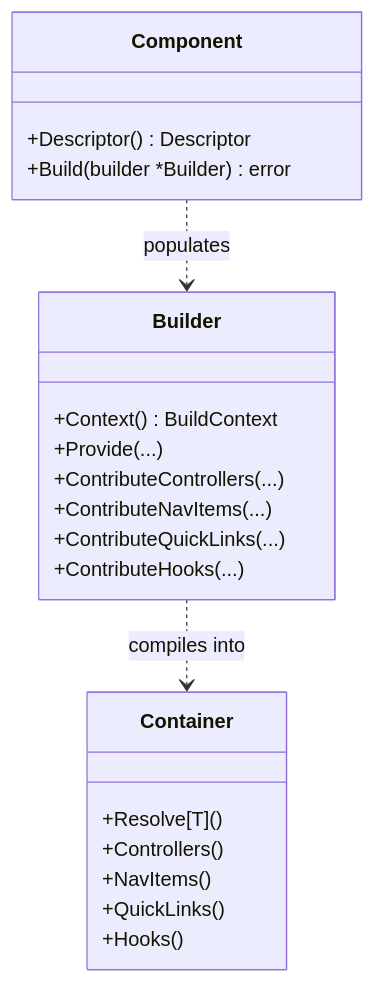
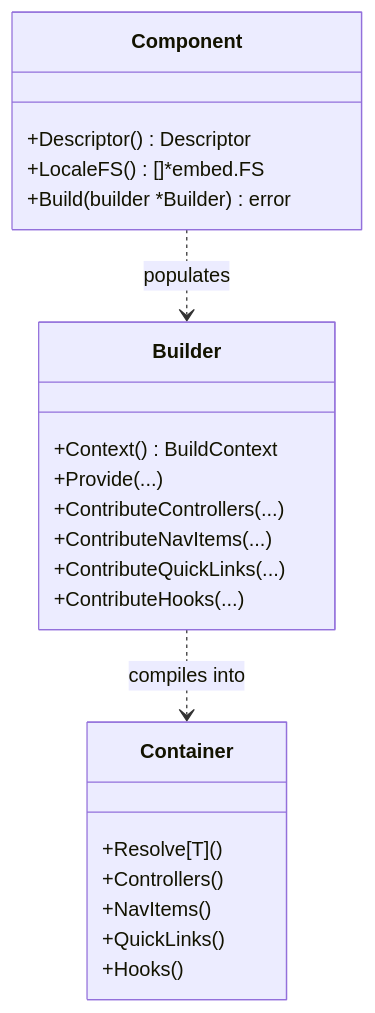
One commit to iota-uz/iota-sdk changed the fifth of 13 diagrams in docs/content/architecture/module-system.mdx. Above: the diagram before and after it, drawn with Mermaid. The commit also changed other lines of this file and 24 other files, not shown here.

````diff
--- a/docs/content/architecture/module-system.mdx
+++ b/docs/content/architecture/module-system.mdx
@@ -108,27 +108,28 @@
 ```mermaid
 classDiagram
     class Component {
         +Descriptor() Descriptor
+        +LocaleFS() []*embed.FS
         +Build(builder *Builder) error
     }
 
     class Builder {
         +Context() BuildContext
         +Provide(...)
         +ContributeControllers(...)
         +ContributeNavItems(...)
         +ContributeQuickLinks(...)
         +ContributeHooks(...)
     }
 
     class Container {
         +Resolve[T]()
         +Controllers()
         +NavItems()
         +QuickLinks()
         +Hooks()
     }
 
     Component ..> Builder : populates
     Builder ..> Container : compiles into
 ```
````
